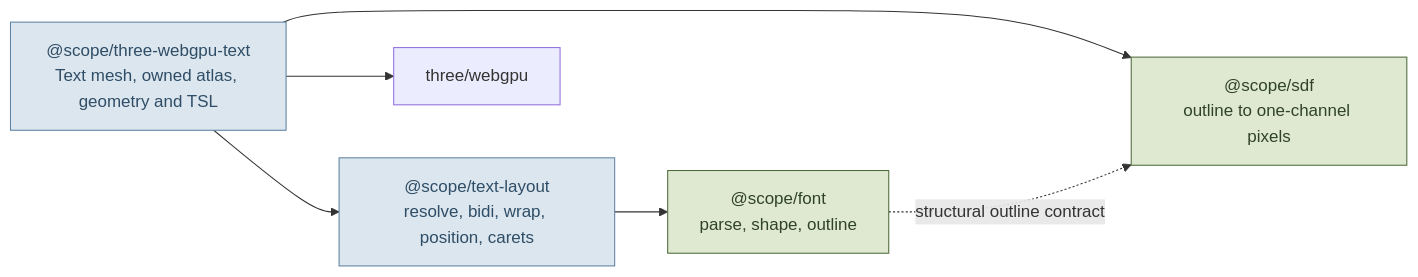
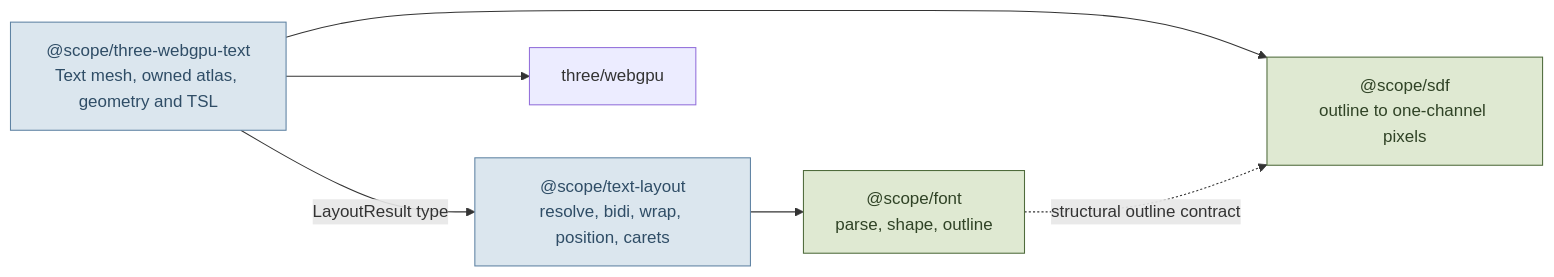
The second of 5 diagrams in ROADMAP.md (julia-script/text-rendering-toolkit), drawn with Mermaid before and after one commit. The commit also changed other lines of this file and 32 other files, not shown here.

````diff
--- a/ROADMAP.md
+++ b/ROADMAP.md
@@ -105,19 +105,19 @@
 ```mermaid
 flowchart LR
     Font["@scope/font<br/>parse, shape, outline"]
     Layout["@scope/text-layout<br/>resolve, bidi, wrap, position, carets"]
     Sdf["@scope/sdf<br/>outline to one-channel pixels"]
     Renderer["@scope/three-webgpu-text<br/>Text mesh, owned atlas, geometry and TSL"]
     Three["three/webgpu"]
 
     Layout --> Font
-    Renderer --> Layout
+    Renderer -->|LayoutResult type| Layout
     Renderer --> Sdf
     Renderer --> Three
     Font -. "structural outline contract" .-> Sdf
 
     classDef independent fill:#dfe9d2,stroke:#4f6b3c,color:#304326
     classDef composed fill:#dbe6ee,stroke:#5f83a3,color:#2f4d66
     class Font,Sdf independent
     class Layout,Renderer composed
 ```
````
